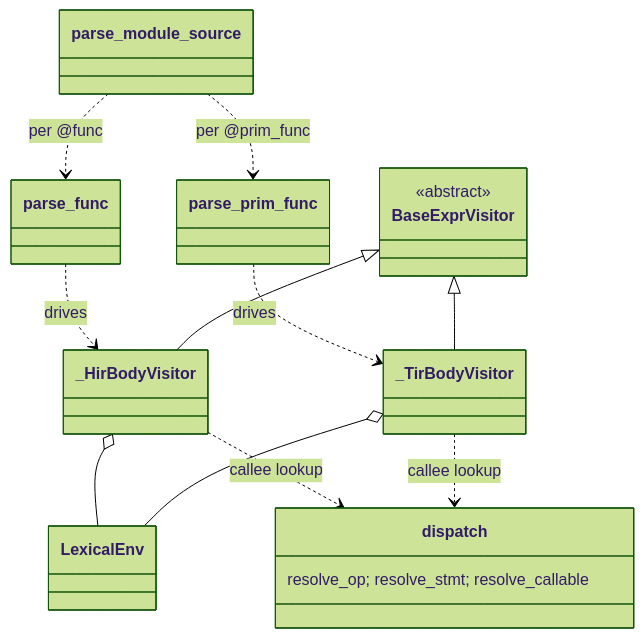
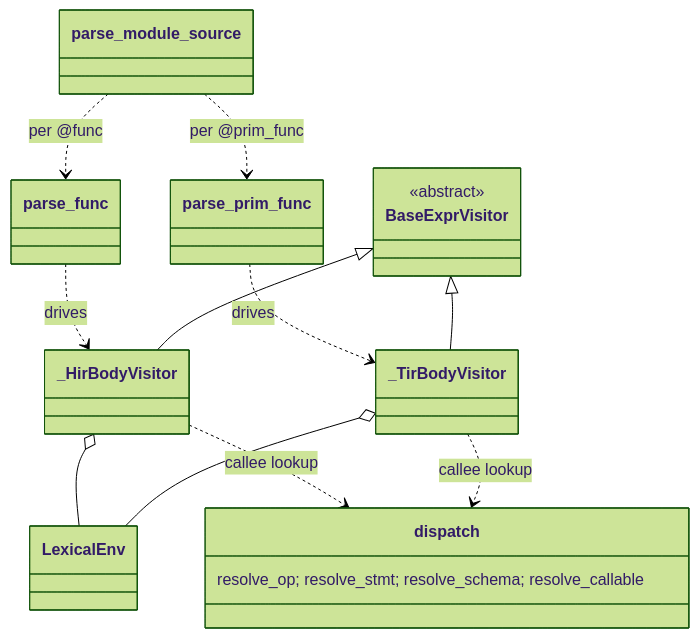
Before and after one commit to tile-ai/TileFoundry: the second of 2 diagrams in docs/spec/parser.md, drawn with Mermaid (forest theme). The commit also changed other lines of this file and 232 other files, not shown here.

````diff
--- a/docs/spec/parser.md
+++ b/docs/spec/parser.md
@@ -619,22 +622,22 @@
 ```mermaid
 classDiagram
     class parse_func
     class parse_prim_func
     class parse_module_source
     class BaseExprVisitor   { <<abstract>> }
     class _HirBodyVisitor
     class _TirBodyVisitor
     class LexicalEnv
-    class dispatch          { resolve_op; resolve_stmt; resolve_callable }
+    class dispatch          { resolve_op; resolve_stmt; resolve_schema; resolve_callable }
 
     parse_func ..> _HirBodyVisitor : drives
     parse_module_source ..> parse_func : per @func
     parse_module_source ..> parse_prim_func : per @prim_func
     parse_prim_func ..> _TirBodyVisitor : drives
     BaseExprVisitor <|-- _HirBodyVisitor
     BaseExprVisitor <|-- _TirBodyVisitor
     _HirBodyVisitor o-- LexicalEnv
     _TirBodyVisitor o-- LexicalEnv
     _HirBodyVisitor ..> dispatch : callee lookup
     _TirBodyVisitor ..> dispatch : callee lookup
 ```
````
